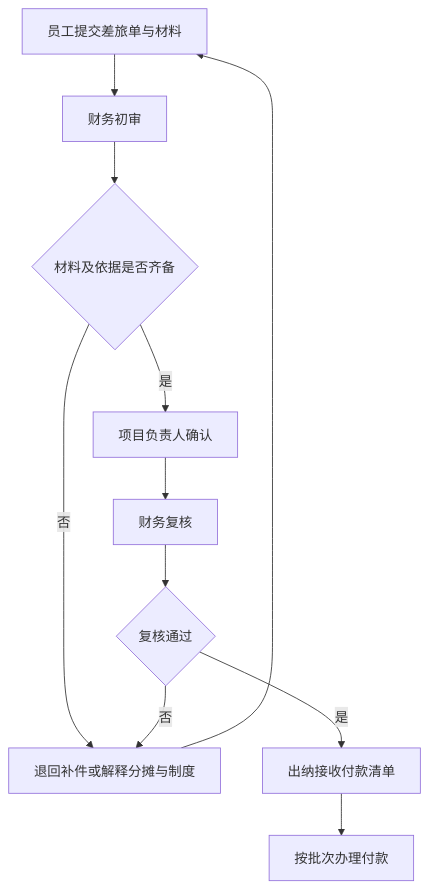
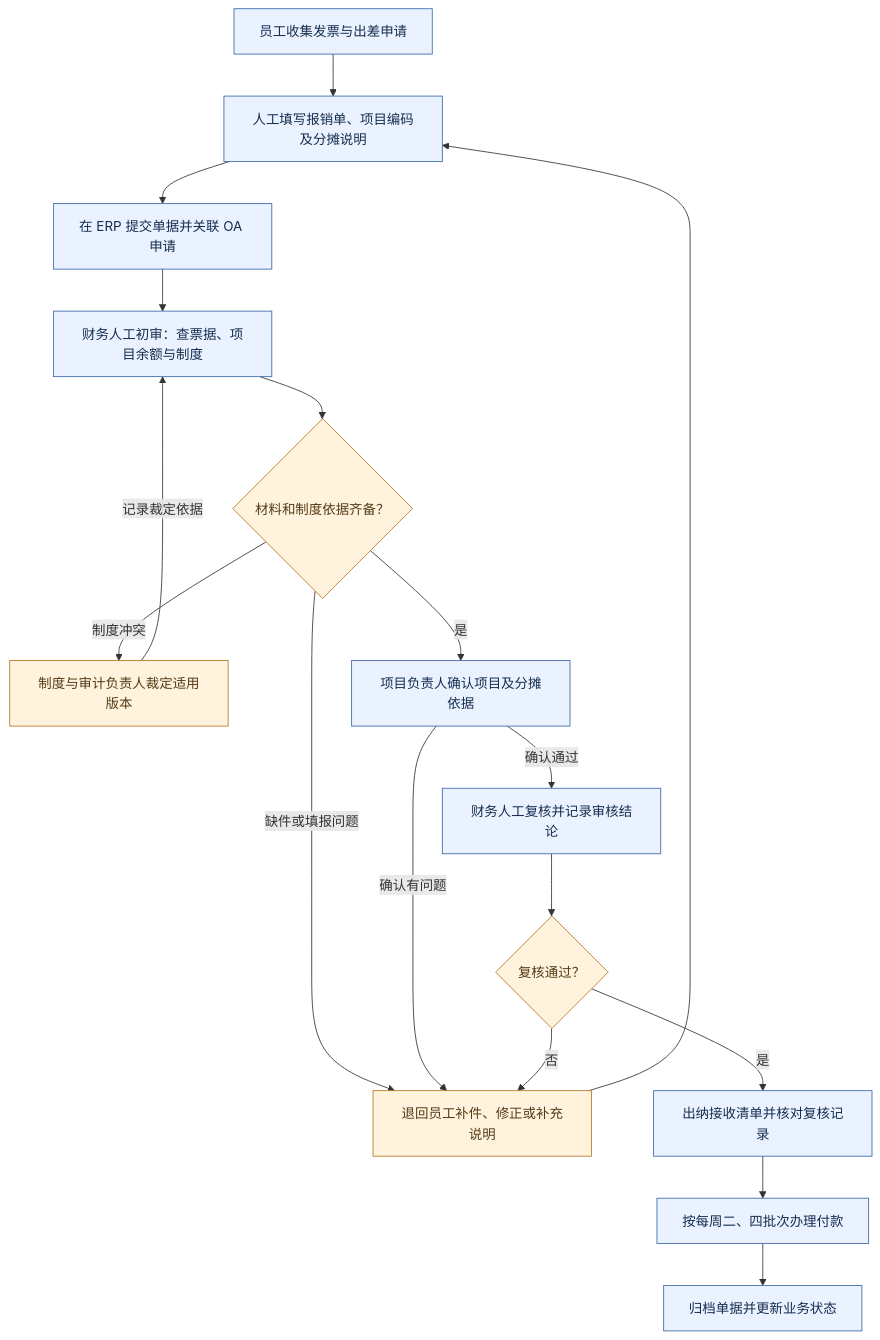
Before and after one commit to JZ-HX1/personal-web: the first of 2 diagrams in travel-reimbursement-assistant/docs/design.md, drawn with Mermaid. The commit also changed other lines of this file and 10 other files, not shown here.

Commit message:
Document no-AI and AI-assisted workflows with diagrams and pilot quotation

````diff
--- a/travel-reimbursement-assistant/docs/design.md
+++ b/travel-reimbursement-assistant/docs/design.md
@@ -13,13 +20,23 @@
 ```mermaid
 flowchart TD
-    A[员工提交差旅单与材料] --> B[财务初审]
-    B --> C{材料及依据是否齐备}
-    C -- 否 --> D[退回补件或解释分摊与制度]
-    D --> A
-    C -- 是 --> E[项目负责人确认]
-    E --> F[财务复核]
-    F --> G{复核通过}
-    G -- 否 --> D
-    G -- 是 --> H[出纳接收付款清单]
-    H --> I[按批次办理付款]
+    A[员工收集发票与出差申请] --> B[人工填写报销单、项目编码及分摊说明]
+    B --> C[在 ERP 提交单据并关联 OA 申请]
+    C --> D[财务人工初审：查票据、项目余额与制度]
+    D --> E{材料和制度依据齐备？}
+    E -- 缺件或填报问题 --> X[退回员工补件、修正或补充说明]
+    X --> B
+    E -- 制度冲突 --> Y[制度与审计负责人裁定适用版本]
+    Y -- 记录裁定依据 --> D
+    E -- 是 --> F[项目负责人确认项目及分摊依据]
+    F -- 确认有问题 --> X
+    F -- 确认通过 --> G[财务人工复核并记录审核结论]
+    G --> H{复核通过？}
+    H -- 否 --> X
+    H -- 是 --> I[出纳接收清单并核对复核记录]
+    I --> J[按每周二、四批次办理付款]
+    J --> K[归档单据并更新业务状态]
+    classDef human fill:#EAF2FF,stroke:#3967A8,color:#152D4F
+    classDef decision fill:#FFF3DE,stroke:#B47722,color:#543B16
+    class A,B,C,D,F,G,I,J,K human
+    class E,H,X,Y decision
 ```
````
